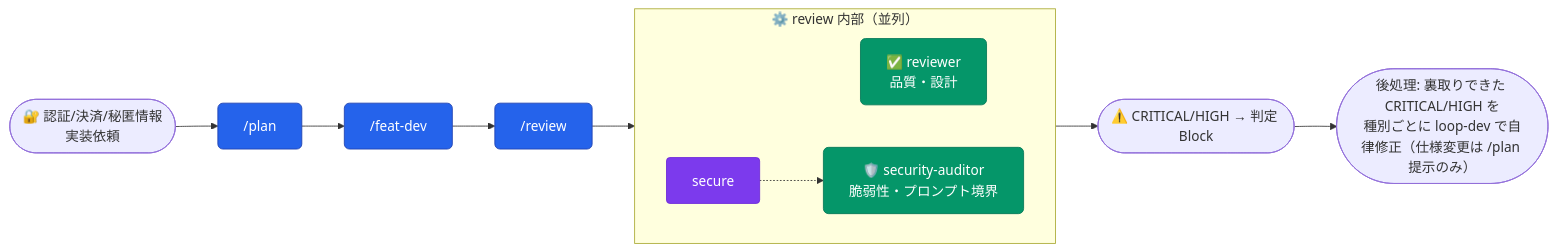
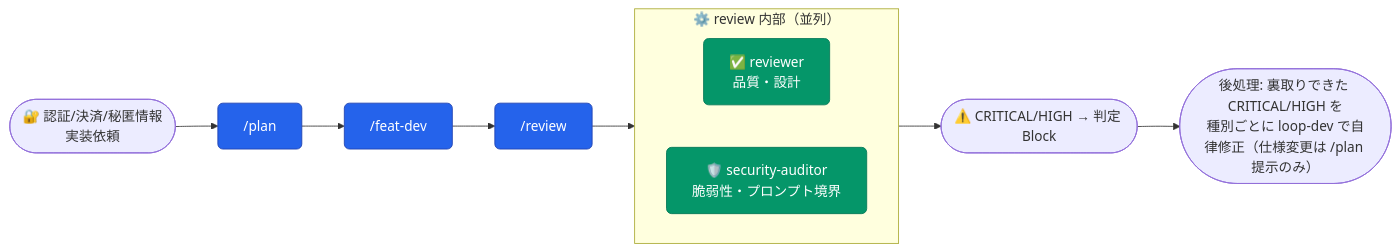
One commit to aokumablue/claq changed the ninth of 20 diagrams in README.md. Above: the diagram before and after it, drawn with Mermaid. The commit also changed other lines of this file and 1 other file, not shown here.

First line of the commit message:
docs: README の secure の起動方法と、提案文書の手順番号を定義に合わせる

````diff
--- a/README.md
+++ b/README.md
@@ -438,21 +438,20 @@
 ```mermaid
 flowchart LR
   classDef cmd    fill:#2563eb,stroke:#1e40af,color:#fff,rx:6
   classDef agent  fill:#059669,stroke:#047857,color:#fff,rx:6
   classDef skill  fill:#7c3aed,stroke:#6d28d9,color:#fff,rx:4
 
   U(["🔐 認証/決済/秘匿情報<br/>実装依頼"]) --> CP["/plan"]:::cmd
   CP --> CF["/feat-dev"]:::cmd
   CF --> CR["/review"]:::cmd
 
   subgraph review["⚙️ review 内部（並列）"]
     direction LR
     AR["✅ reviewer<br/>品質・設計"]:::agent
     AS["🛡️ security-auditor<br/>脆弱性・プロンプト境界"]:::agent
-    SS["secure"]:::skill -.-> AS
   end
 
   CR --> review
   review --> NEXT(["⚠️ CRITICAL/HIGH → 判定 Block"])
   NEXT --> FIXR(["後処理: 裏取りできた CRITICAL/HIGH を<br/>種別ごとに loop-dev で自律修正（仕様変更は /plan 提示のみ）"])
 ```
````
